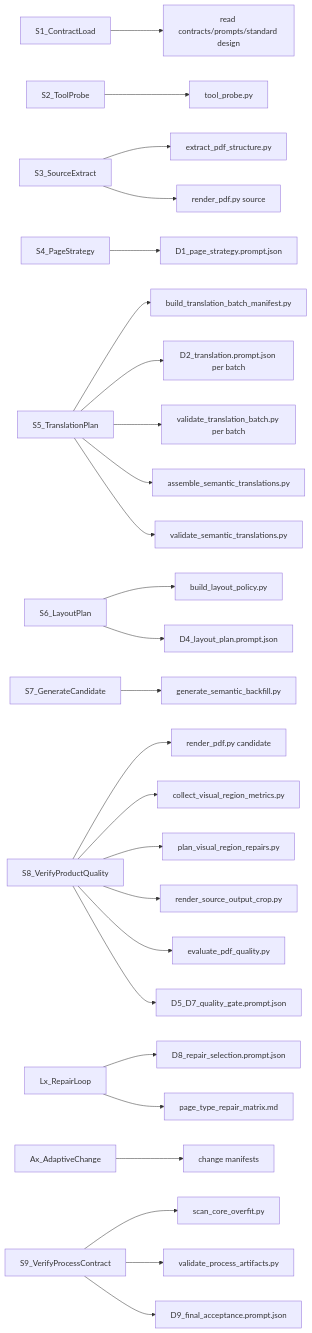
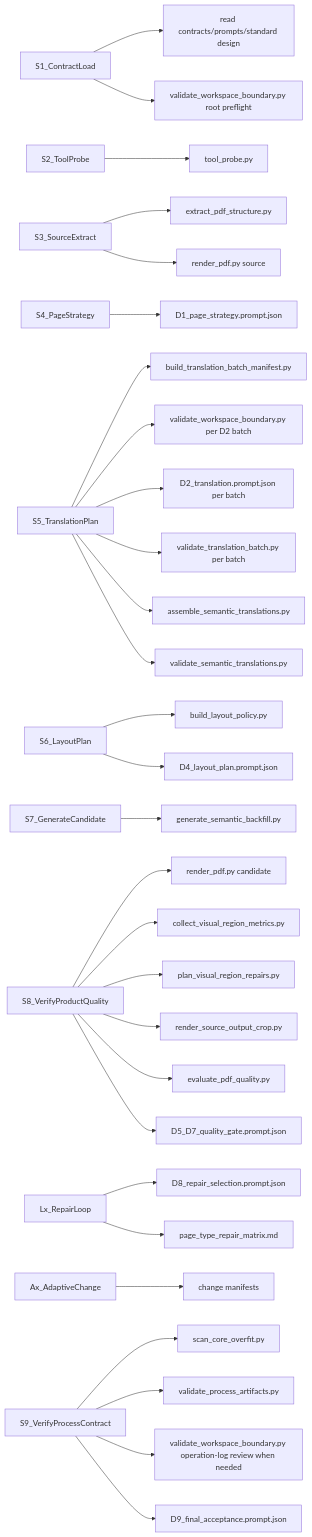
The eighth of 8 diagrams in docs/业务流程/PDF_语义翻译回填_标准流程设计.md (huacc/transflow), drawn with Mermaid before and after one commit. The commit also changed other lines of this file and 11 other files, not shown here.

Commit message:
Add workspace boundary guard to PDF workflow

````diff
--- a/docs/业务流程/PDF_语义翻译回填_标准流程设计.md
+++ b/docs/业务流程/PDF_语义翻译回填_标准流程设计.md
@@ -1420,28 +1481,31 @@
 ```mermaid
 flowchart LR
   S1[S1_ContractLoad] --> C1[read contracts/prompts/standard design]
+  S1 --> W0[validate_workspace_boundary.py root preflight]
   S2[S2_ToolProbe] --> T1[tool_probe.py]
   S3[S3_SourceExtract] --> T2[extract_pdf_structure.py]
   S3 --> T3[render_pdf.py source]
   S4[S4_PageStrategy] --> D1[D1_page_strategy.prompt.json]
   S5[S5_TranslationPlan] --> T4a[build_translation_batch_manifest.py]
+  S5 --> W1[validate_workspace_boundary.py per D2 batch]
   S5 --> D2[D2_translation.prompt.json per batch]
   S5 --> T4b[validate_translation_batch.py per batch]
   S5 --> T4c[assemble_semantic_translations.py]
   S5 --> T4d[validate_semantic_translations.py]
   S6[S6_LayoutPlan] --> T5[build_layout_policy.py]
   S6 --> D4[D4_layout_plan.prompt.json]
   S7[S7_GenerateCandidate] --> T6[generate_semantic_backfill.py]
   S8[S8_VerifyProductQuality] --> T7[render_pdf.py candidate]
   S8 --> T8[collect_visual_region_metrics.py]
   S8 --> T9[plan_visual_region_repairs.py]
   S8 --> T10[render_source_output_crop.py]
   S8 --> T11[evaluate_pdf_quality.py]
   S8 --> D7[D5_D7_quality_gate.prompt.json]
   LX[Lx_RepairLoop] --> D8[D8_repair_selection.prompt.json]
   LX --> M1[page_type_repair_matrix.md]
   AX[Ax_AdaptiveChange] --> M2[change manifests]
   S9[S9_VerifyProcessContract] --> T12[scan_core_overfit.py]
   S9 --> T13[validate_process_artifacts.py]
+  S9 --> W2[validate_workspace_boundary.py operation-log review when needed]
   S9 --> D9[D9_final_acceptance.prompt.json]
 ```
````
